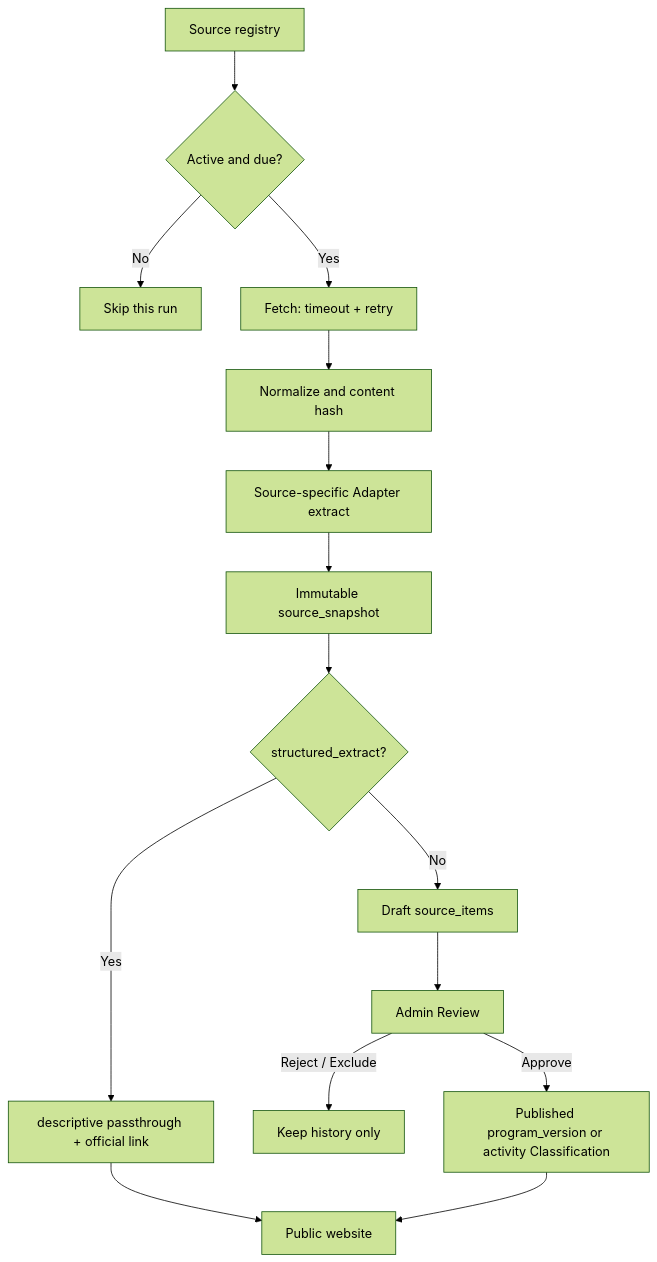
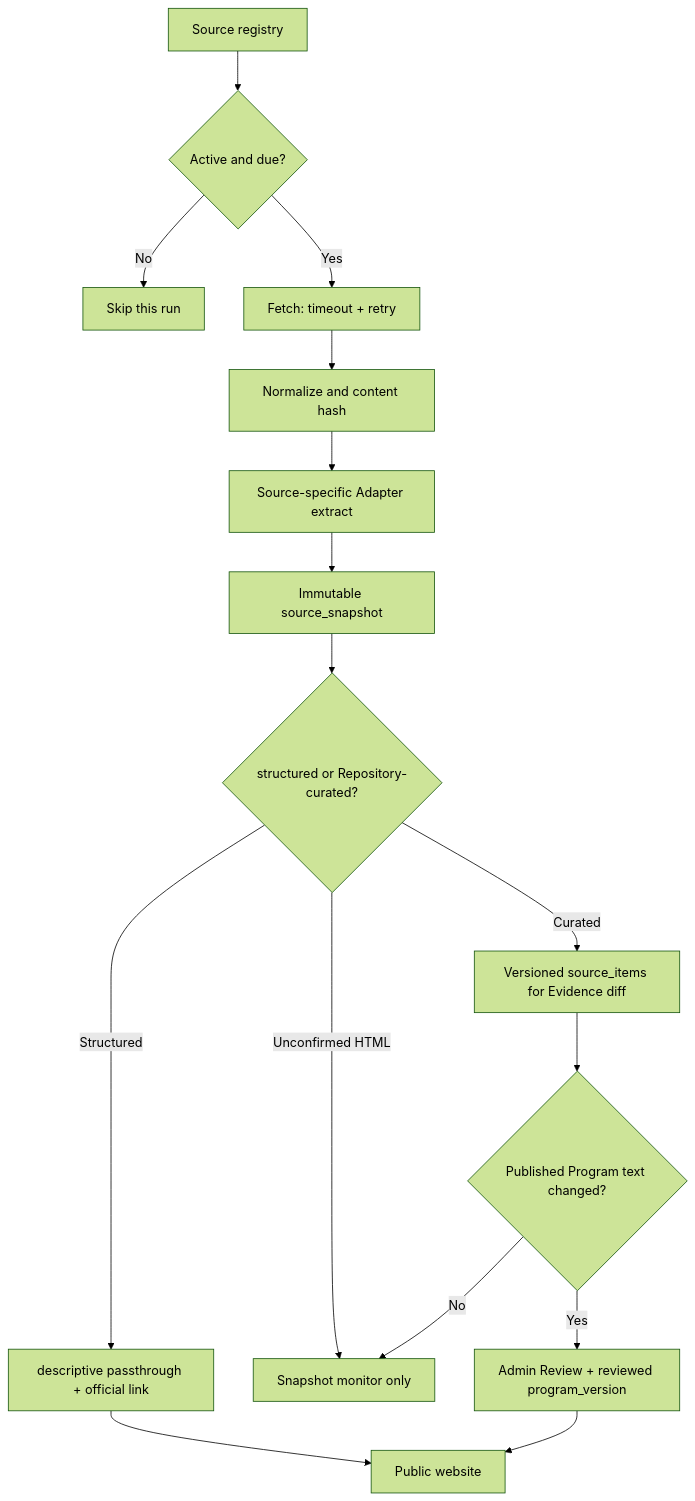
The second of 2 diagrams in docs/ARCHITECTURE.md (des86532/gov-welfare), drawn with Mermaid (forest theme) before and after one commit. The commit also changed other lines of this file and 8 other files, not shown here.

Commit message:
fix(admin): stop queuing uncurated HTML

````diff
--- a/docs/ARCHITECTURE.md
+++ b/docs/ARCHITECTURE.md
@@ -132,17 +132,18 @@
 ```mermaid
 flowchart TD
   SR["Source registry"] --> DUE{"Active and due?"}
   DUE -->|"No"| SKIP["Skip this run"]
   DUE -->|"Yes"| F["Fetch: timeout + retry"]
   F --> H["Normalize and content hash"]
   H --> E["Source-specific Adapter extract"]
   E --> SS["Immutable source_snapshot"]
-  SS --> KIND{"structured_extract?"}
-  KIND -->|"Yes"| PASS["descriptive passthrough + official link"]
-  KIND -->|"No"| SI["Draft source_items"]
-  SI --> RV["Admin Review"]
-  RV -->|"Reject / Exclude"| KEEP["Keep history only"]
-  RV -->|"Approve"| PV["Published program_version or activity Classification"]
+  SS --> KIND{"structured or Repository-curated?"}
+  KIND -->|"Structured"| PASS["descriptive passthrough + official link"]
+  KIND -->|"Curated"| SI["Versioned source_items for Evidence diff"]
+  KIND -->|"Unconfirmed HTML"| KEEP["Snapshot monitor only"]
+  SI --> RV{"Published Program text changed?"}
+  RV -->|"No"| KEEP
+  RV -->|"Yes"| PV["Admin Review + reviewed program_version"]
   PASS --> PUB["Public website"]
   PV --> PUB
 ```
````
